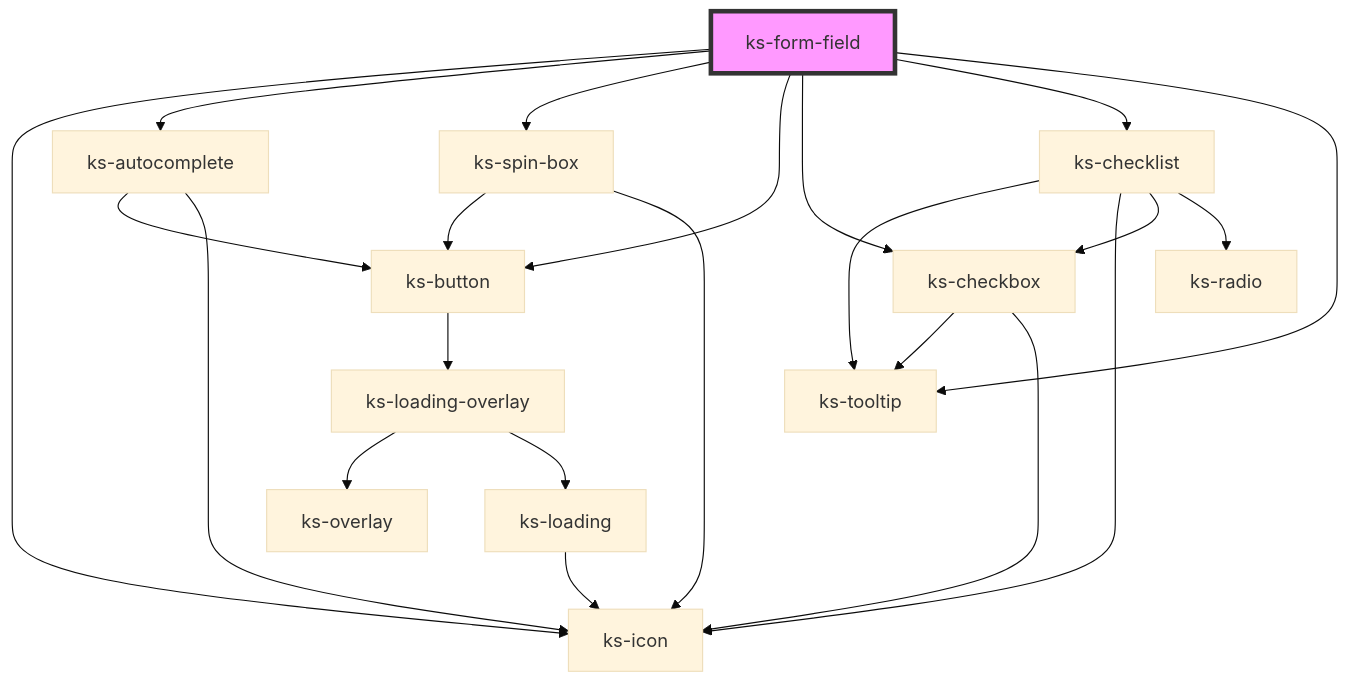
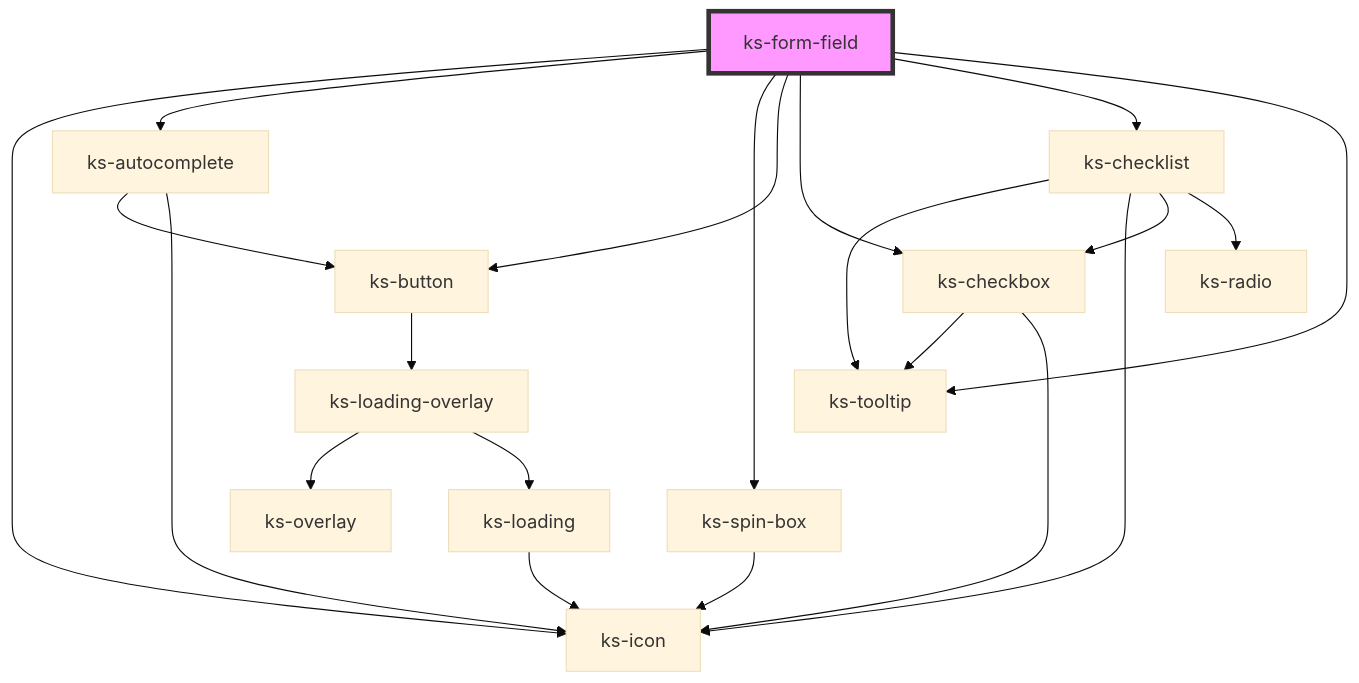
Before and after one commit to kickstand-ui/kickstand-ui: the diagram in src/scripts/components/form-field/readme.md, drawn with Mermaid (base theme). The commit also changed 5 other files, not shown here.

````diff
--- a/src/scripts/components/form-field/readme.md
+++ b/src/scripts/components/form-field/readme.md
@@ -96,25 +96,24 @@
 ```mermaid
 graph TD;
   ks-form-field --> ks-icon
   ks-form-field --> ks-autocomplete
   ks-form-field --> ks-spin-box
   ks-form-field --> ks-button
   ks-form-field --> ks-checkbox
   ks-form-field --> ks-checklist
   ks-form-field --> ks-tooltip
   ks-autocomplete --> ks-button
   ks-autocomplete --> ks-icon
   ks-button --> ks-loading-overlay
   ks-loading-overlay --> ks-overlay
   ks-loading-overlay --> ks-loading
   ks-loading --> ks-icon
-  ks-spin-box --> ks-button
   ks-spin-box --> ks-icon
   ks-checkbox --> ks-tooltip
   ks-checkbox --> ks-icon
   ks-checklist --> ks-tooltip
   ks-checklist --> ks-icon
   ks-checklist --> ks-checkbox
   ks-checklist --> ks-radio
   style ks-form-field fill:#f9f,stroke:#333,stroke-width:4px
 ```
````
